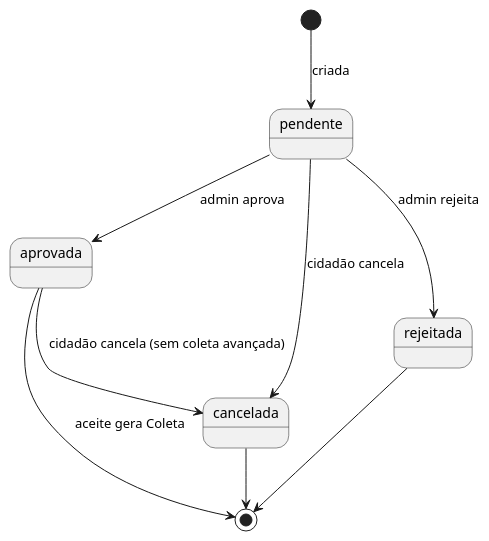
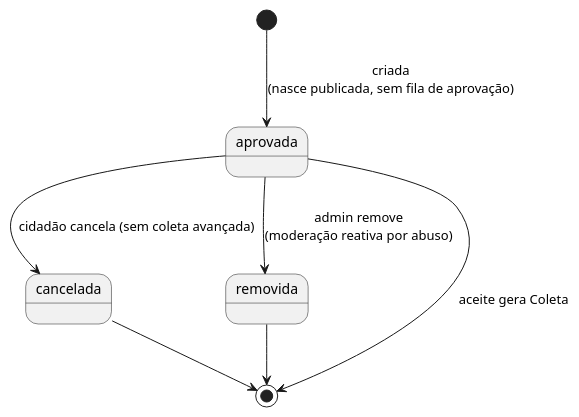
Diagram 16 of 21 in docs/uml/documentacao-uml-completa.md (lononeiro/olx-ecologico), drawn with PlantUML before and after one commit. The commit also changed other lines of this file and 53 other files, not shown here.

First line of the commit message:
docs(uml): revisao dos diagramas e sincronizacao docs/ com uml/

````diff
--- a/docs/uml/documentacao-uml-completa.md
+++ b/docs/uml/documentacao-uml-completa.md
@@ -1016,12 +1022,10 @@
 ```plantuml
 @startuml estado-solicitacao
-[*] --> pendente : criada
-pendente --> aprovada : admin aprova
-pendente --> rejeitada : admin rejeita
-pendente --> cancelada : cidadão cancela
+[*] --> aprovada : criada\n(nasce publicada, sem fila de aprovação)
 aprovada --> cancelada : cidadão cancela (sem coleta avançada)
+aprovada --> removida : admin remove\n(moderação reativa por abuso)
 aprovada --> [*] : aceite gera Coleta
-rejeitada --> [*]
 cancelada --> [*]
+removida --> [*]
 @enduml
 ```
````
